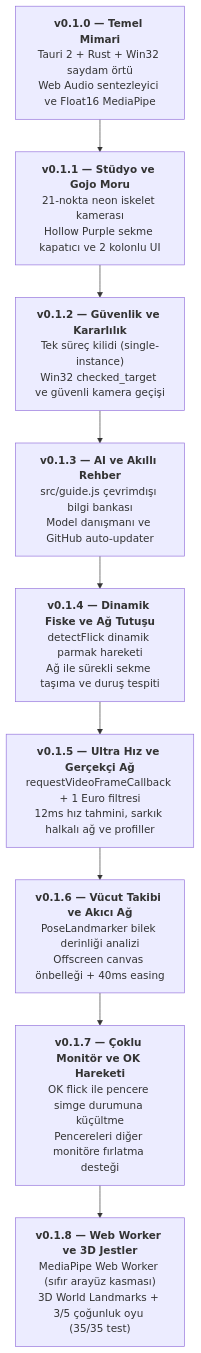
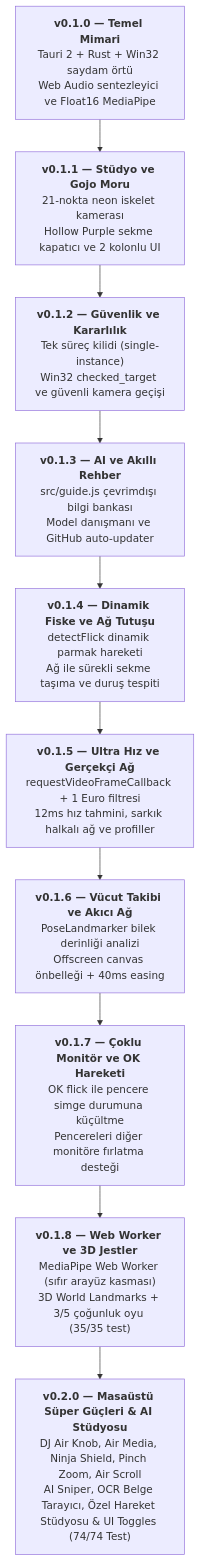
The third of 3 diagrams in README.md (jagwey/web-shooter), drawn with Mermaid before and after one commit. The commit also changed other lines of this file and 7 other files, not shown here.

````diff
--- a/README.md
+++ b/README.md
@@ -125,14 +125,15 @@
 ```mermaid
 flowchart TD
     v010["<b>v0.1.0 — Temel Mimari</b><br/>Tauri 2 + Rust + Win32 saydam örtü<br/>Web Audio sentezleyici ve Float16 MediaPipe"]
     v011["<b>v0.1.1 — Stüdyo ve Gojo Moru</b><br/>21-nokta neon iskelet kamerası<br/>Hollow Purple sekme kapatıcı ve 2 kolonlu UI"]
     v012["<b>v0.1.2 — Güvenlik ve Kararlılık</b><br/>Tek süreç kilidi (single-instance)<br/>Win32 checked_target ve güvenli kamera geçişi"]
     v013["<b>v0.1.3 — AI ve Akıllı Rehber</b><br/>src/guide.js çevrimdışı bilgi bankası<br/>Model danışmanı ve GitHub auto-updater"]
     v014["<b>v0.1.4 — Dinamik Fiske ve Ağ Tutuşu</b><br/>detectFlick dinamik parmak hareketi<br/>Ağ ile sürekli sekme taşıma ve duruş tespiti"]
     v015["<b>v0.1.5 — Ultra Hız ve Gerçekçi Ağ</b><br/>requestVideoFrameCallback + 1 Euro filtresi<br/>12ms hız tahmini, sarkık halkalı ağ ve profiller"]
     v016["<b>v0.1.6 — Vücut Takibi ve Akıcı Ağ</b><br/>PoseLandmarker bilek derinliği analizi<br/>Offscreen canvas önbelleği + 40ms easing"]
     v017["<b>v0.1.7 — Çoklu Monitör ve OK Hareketi</b><br/>OK flick ile pencere simge durumuna küçültme<br/>Pencereleri diğer monitöre fırlatma desteği"]
     v018["<b>v0.1.8 — Web Worker ve 3D Jestler</b><br/>MediaPipe Web Worker (sıfır arayüz kasması)<br/>3D World Landmarks + 3/5 çoğunluk oyu (35/35 test)"]
+    v020["<b>v0.2.0 — Masaüstü Süper Güçleri & AI Stüdyosu</b><br/>DJ Air Knob, Air Media, Ninja Shield, Pinch Zoom, Air Scroll<br/>AI Sniper, OCR Belge Tarayıcı, Özel Hareket Stüdyosu & UI Toggles (74/74 Test)"]
 
-    v010 --> v011 --> v012 --> v013 --> v014 --> v015 --> v016 --> v017 --> v018
+    v010 --> v011 --> v012 --> v013 --> v014 --> v015 --> v016 --> v017 --> v018 --> v020
 ```
````
